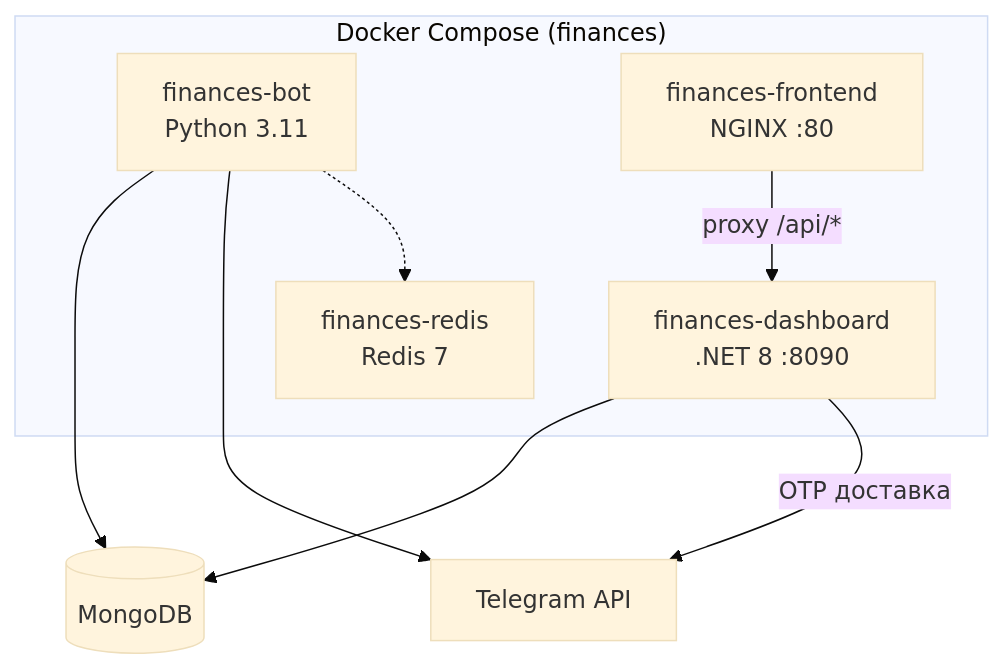
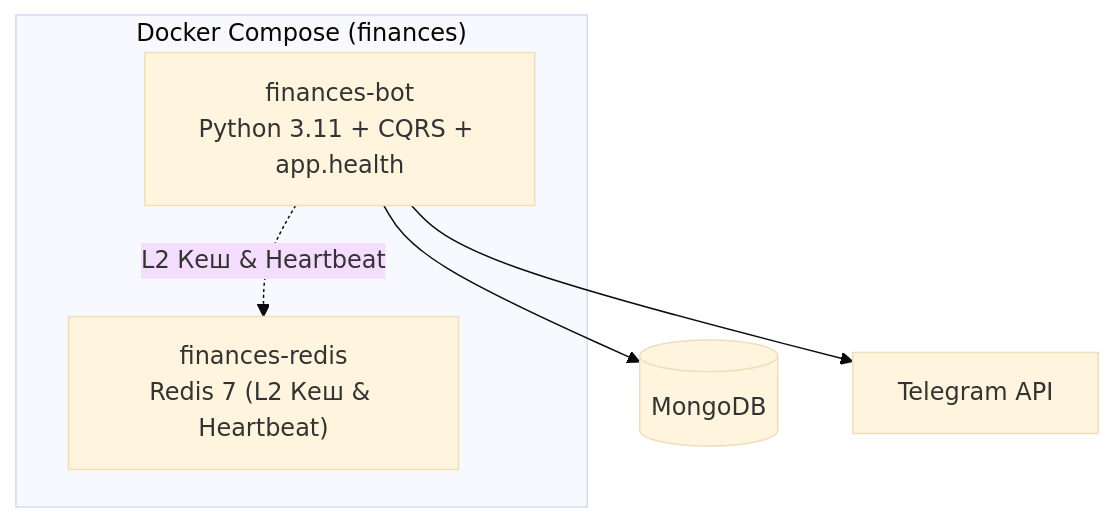
The second of 2 diagrams in docs/Ukrainian/ARCHITECTURE.md (teferdet/finances), drawn with Mermaid (base theme) before and after one commit. The commit also changed other lines of this file and 9 other files, not shown here.

````diff
--- a/docs/Ukrainian/ARCHITECTURE.md
+++ b/docs/Ukrainian/ARCHITECTURE.md
@@ -91,19 +93,14 @@
 ```mermaid
 graph TB
     subgraph compose["Docker Compose (finances)"]
-        BOT["finances-bot<br/>Python 3.11"]
-        API["finances-dashboard<br/>.NET 8 :8090"]
-        FE["finances-frontend<br/>NGINX :80"]
-        REDIS["finances-redis<br/>Redis 7"]
+        BOT["finances-bot<br/>Python 3.11 + CQRS + app.health"]
+        REDIS["finances-redis<br/>Redis 7 (L2 Кеш & Heartbeat)"]
     end
 
     MONGO[(MongoDB)]
     TG[Telegram API]
 
-    FE -->|"proxy /api/*"| API
-    API --> MONGO
     BOT --> MONGO
     BOT --> TG
-    BOT -.-> REDIS
-    API -->|"OTP доставка"| TG
+    BOT -.->|"L2 Кеш & Heartbeat"| REDIS
 ```
````
